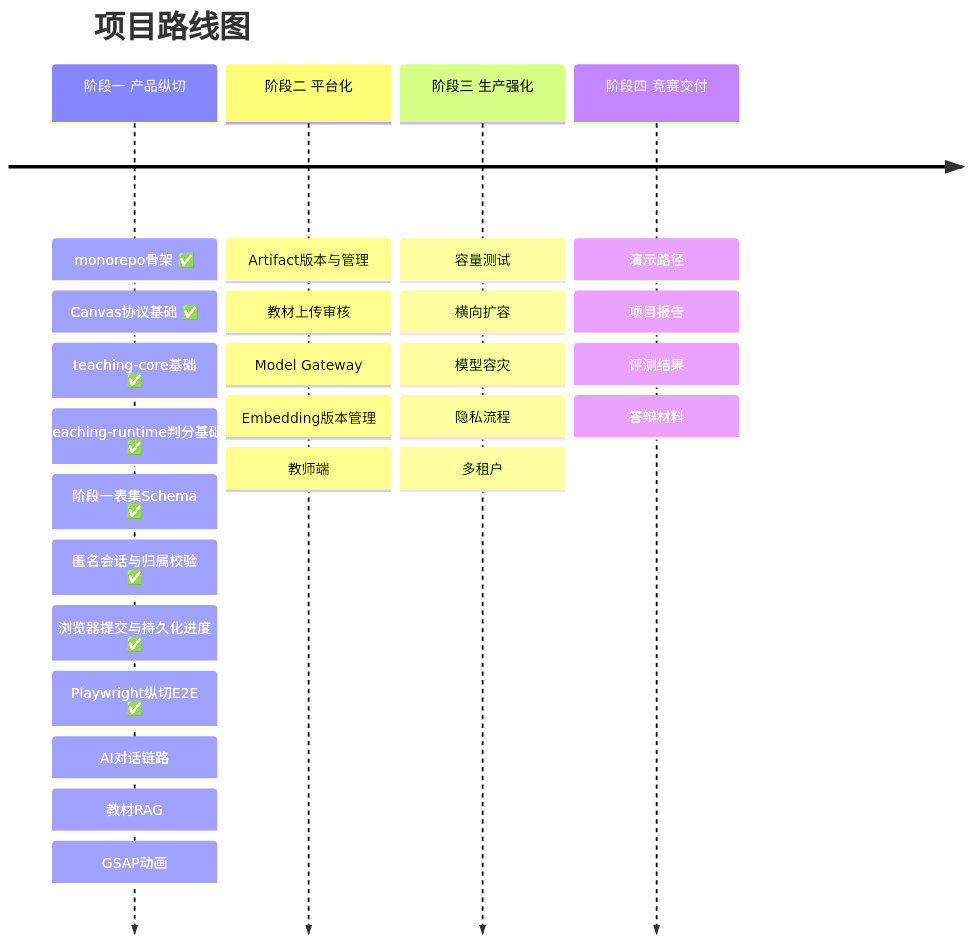
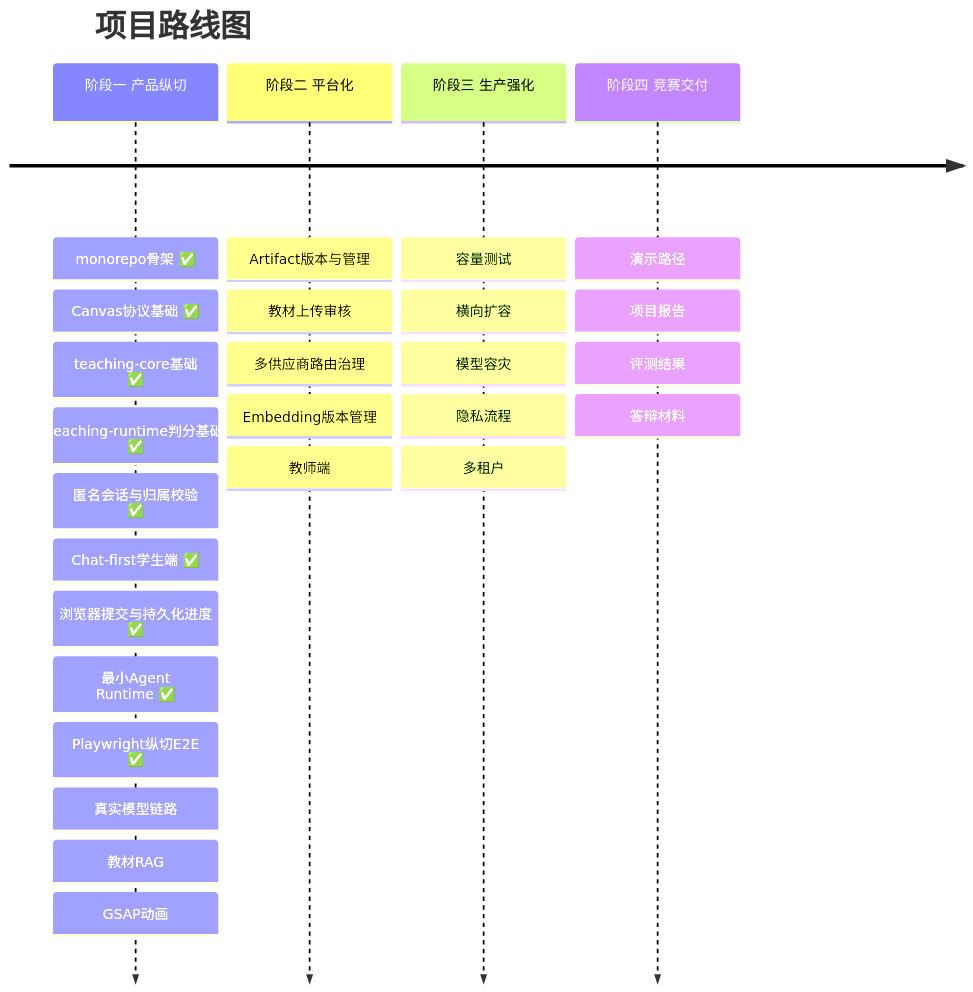
Before and after one commit to Timcai06/EduCanvas: the seventh of 7 diagrams in README.md, drawn with Mermaid. The commit also changed other lines of this file and 18 other files, not shown here.

````diff
--- a/README.md
+++ b/README.md
@@ -300,8 +300,8 @@
 ```mermaid
 timeline
     title 项目路线图
-    阶段一 产品纵切 : monorepo骨架 ✅ : Canvas协议基础 ✅ : teaching-core基础 ✅ : teaching-runtime判分基础 ✅ : 阶段一表集Schema ✅ : 匿名会话与归属校验 ✅ : 浏览器提交与持久化进度 ✅ : Playwright纵切E2E ✅ : AI对话链路 : 教材RAG : GSAP动画
-    阶段二 平台化 : Artifact版本与管理 : 教材上传审核 : Model Gateway : Embedding版本管理 : 教师端
+    阶段一 产品纵切 : monorepo骨架 ✅ : Canvas协议基础 ✅ : teaching-core基础 ✅ : teaching-runtime判分基础 ✅ : 匿名会话与归属校验 ✅ : Chat-first学生端 ✅ : 浏览器提交与持久化进度 ✅ : 最小Agent Runtime ✅ : Playwright纵切E2E ✅ : 真实模型链路 : 教材RAG : GSAP动画
+    阶段二 平台化 : Artifact版本与管理 : 教材上传审核 : 多供应商路由治理 : Embedding版本管理 : 教师端
     阶段三 生产强化 : 容量测试 : 横向扩容 : 模型容灾 : 隐私流程 : 多租户
     阶段四 竞赛交付 : 演示路径 : 项目报告 : 评测结果 : 答辩材料
 ```
````
